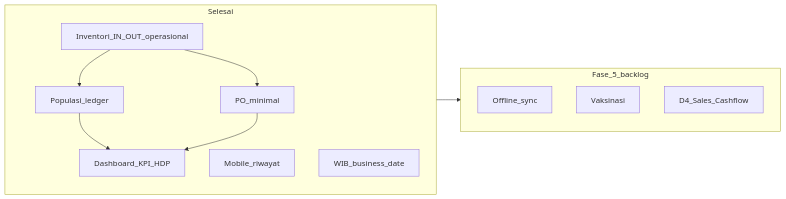
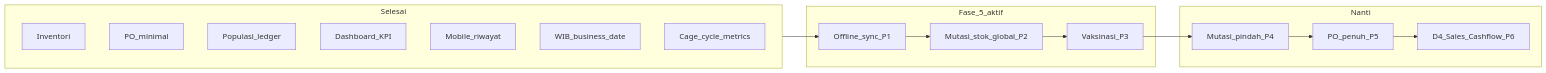
One commit to Webekspres/layer-farm-agung changed the first of 2 diagrams in docs/implementation_plan.md. Above: the diagram before and after it, drawn with Mermaid. The commit also changed other lines of this file and 18 other files, not shown here.

````diff
--- a/docs/implementation_plan.md
+++ b/docs/implementation_plan.md
@@ -73,21 +36,28 @@
 ```mermaid
 flowchart LR
   subgraph done [Selesai]
-    Inv[Inventori_IN_OUT_operasional]
+    Inv[Inventori]
     PO[PO_minimal]
     Pop[Populasi_ledger]
-    KPI[Dashboard_KPI_HDP]
-    Mob[Mobile_riwayat]
+    KPI[Dashboard_KPI]
+    MobHist[Mobile_riwayat]
     TZ[WIB_business_date]
+    CageMet[Cage_cycle_metrics]
   end
-  subgraph phase5 [Fase_5_backlog]
-    Sync[Offline_sync]
-    Vax[Vaksinasi]
-    D4[D4_Sales_Cashflow]
+  subgraph phase5 [Fase_5_aktif]
+  Sync[Offline_sync_P1]
+  InvMut[Mutasi_stok_global_P2]
+  Vax[Vaksinasi_P3]
   end
-  Inv --> PO
-  Inv --> Pop
-  Pop --> KPI
-  PO --> KPI
-  done --> phase5
+  subgraph later [Nanti]
+  Pindah[Mutasi_pindah_P4]
+  POPenuh[PO_penuh_P5]
+  D4[D4_Sales_Cashflow_P6]
+  end
+  done --> Sync
+  Sync --> InvMut
+  InvMut --> Vax
+  Vax --> Pindah
+  Pindah --> POPenuh
+  POPenuh --> D4
 ```
````
